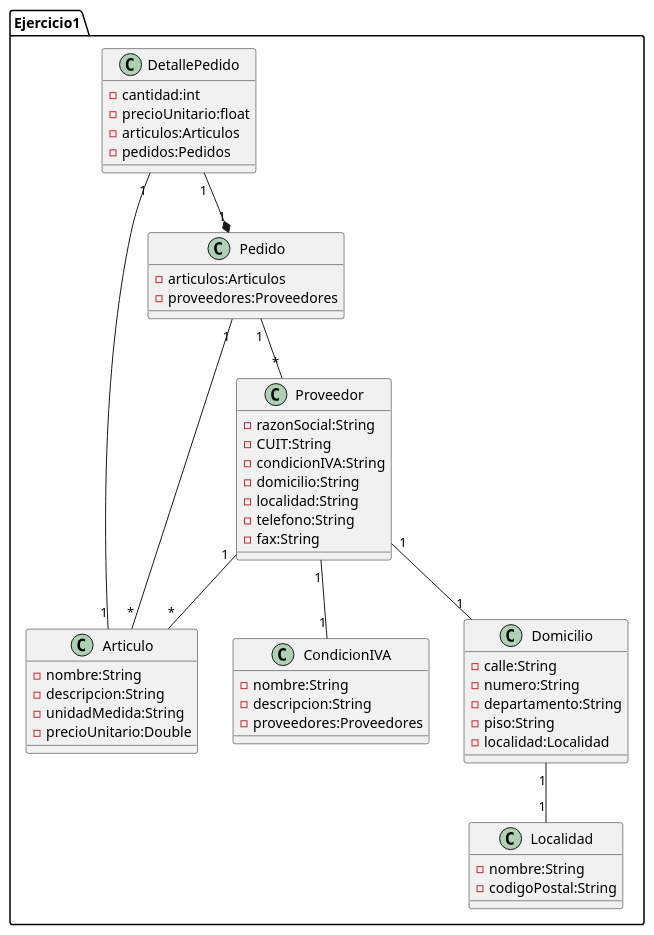
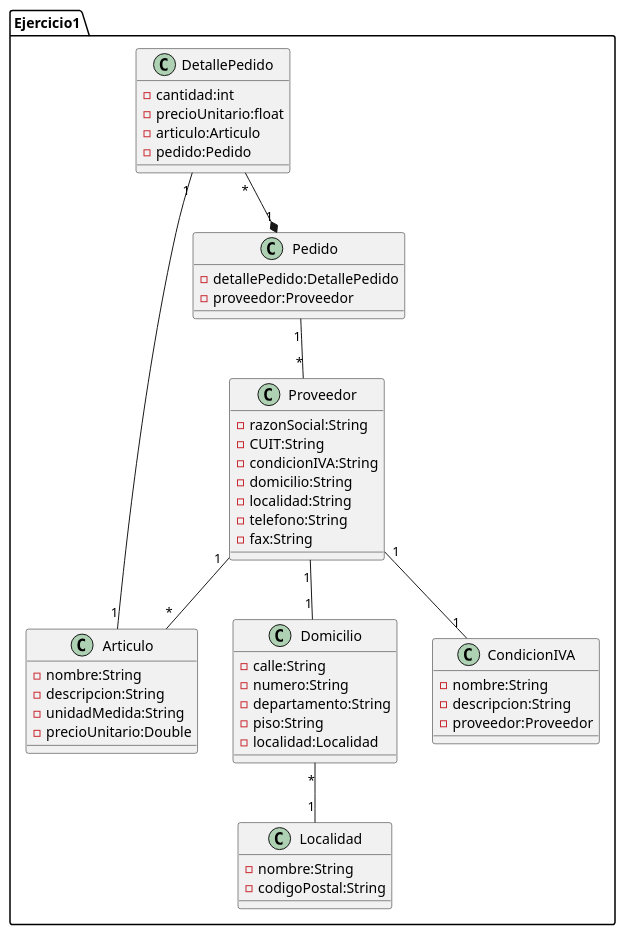
One commit to SecondPort/DOO1 changed the diagram in Java/src/Ejercicio1.puml. Above: the diagram before and after it, drawn with PlantUML. The commit also changed 1 other file, not shown here.

```diff
--- a/Java/src/Ejercicio1.puml
+++ b/Java/src/Ejercicio1.puml
@@ -1,57 +1,59 @@
 @startuml
-/'En una empresa se realiza pedidos de compra a las proveedores con los cuales trabaja, los cualesson identificados con la siguiente información:
-razón social, CUIT, Condici6n de IVA, domicilio(calle, nro, dpto., piso), localidad, teléfono y fax. Cada pedido puede solicitar uno o más artículos
-y se le realiza a un solo proveedor, esto servirá para reponer el stock; de cada artículo se debe conocer el nombre, descripción, unidad de medida y precio unitario'/
+/'En una empresa se realiza pedidos de compra a las proveedores con los cuales trabaja, los cualesson
+identificados con la siguiente información:
+razón social, CUIT, Condici6n de IVA, domicilio(calle, nro, dpto., piso), localidad,
+ teléfono y fax. Cada pedido puede solicitar uno o más artículos
+y se le realiza a un solo proveedor, esto servirá para reponer el stock;
+de cada artículo se debe conocer el nombre, descripción, unidad de medida y precio unitario'/
 package Ejercicio1 {
     class Proveedor{
     -razonSocial:String
     -CUIT:String
     -condicionIVA:String
     -domicilio:String
     -localidad:String
     -telefono:String
     -fax:String
     }
     class Articulo{
         -nombre:String
         -descripcion:String
         -unidadMedida:String
         -precioUnitario:Double
     }
     class Pedido{
-        -articulos:Articulos
-        -proveedores:Proveedores
+        -detallePedido:DetallePedido
+        -proveedor:Proveedor
     }
     class Localidad{
         -nombre:String
         -codigoPostal:String
     }
     class Domicilio{
         -calle:String
         -numero:String
         -departamento:String
         -piso:String
         -localidad:Localidad
     }
     class DetallePedido{
         -cantidad:int
         -precioUnitario:float
-        -articulos:Articulos
-        -pedidos:Pedidos
+        -articulo:Articulo
+        -pedido:Pedido
     }
     class CondicionIVA{
         -nombre:String
         -descripcion:String
-        -proveedores:Proveedores
+        -proveedor:Proveedor
     }
 }
 /'Relaciones entre las clases '/
 Proveedor "1" -- "*" Articulo
-Pedido "1" -- "*" Articulo
 Pedido "1" -- "*" Proveedor
 Proveedor "1" -- "1" Domicilio
-Domicilio "1" -- "1" Localidad
+Domicilio "*" -- "1" Localidad
 Proveedor "1" -- "1" CondicionIVA
 DetallePedido "1" -- "1" Articulo
-DetallePedido "1" --* "1" Pedido
+DetallePedido "*" --* "1" Pedido
 @enduml
```
